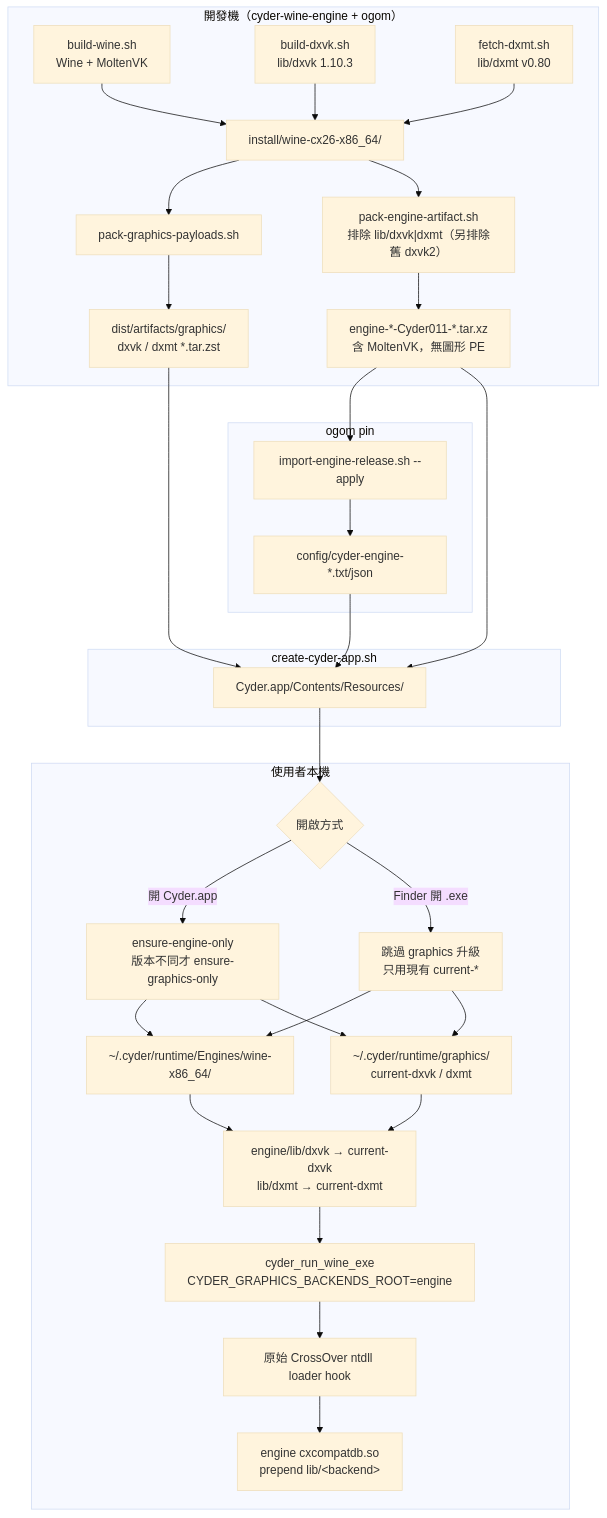
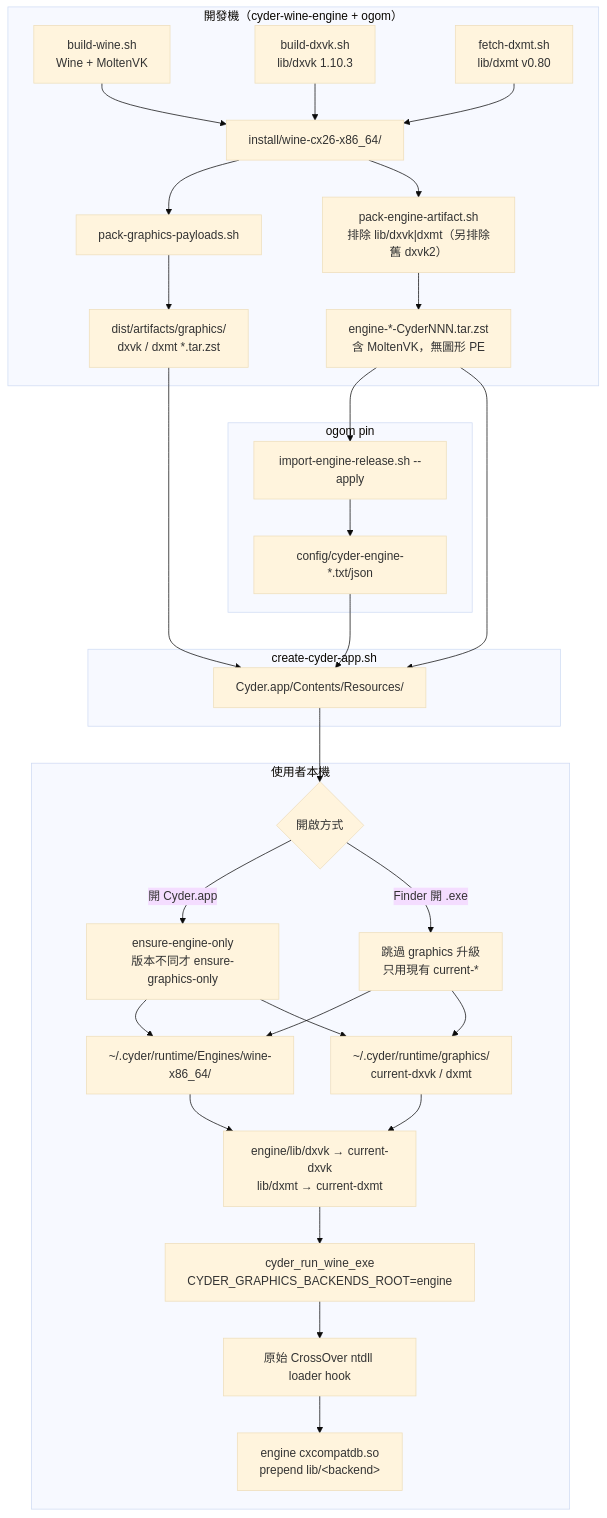
The first of 5 diagrams in docs/cyder-graphics-runtime-pipeline.zh-TW.md (dspp779/CyderBits), drawn with Mermaid (base theme) before and after one commit. The commit also changed other lines of this file and 11 other files, not shown here.

````diff
--- a/docs/cyder-graphics-runtime-pipeline.zh-TW.md
+++ b/docs/cyder-graphics-runtime-pipeline.zh-TW.md
@@ -23,42 +23,42 @@
 ```mermaid
 flowchart TB
   subgraph build["開發機（cyder-wine-engine + ogom）"]
     WINE["build-wine.sh<br/>Wine + MoltenVK"]
     DX1["build-dxvk.sh<br/>lib/dxvk 1.10.3"]
     DXMT["fetch-dxmt.sh<br/>lib/dxmt v0.80"]
     WINE --> INSTALL["install/wine-cx26-x86_64/"]
     DX1 --> INSTALL
     DXMT --> INSTALL
     INSTALL --> PACKG["pack-graphics-payloads.sh"]
     PACKG --> GART["dist/artifacts/graphics/<br/>dxvk / dxmt *.tar.zst"]
     INSTALL --> PACKE["pack-engine-artifact.sh<br/>排除 lib/dxvk|dxmt（另排除舊 dxvk2）"]
-    PACKE --> EART["engine-*-Cyder011-*.tar.xz<br/>含 MoltenVK，無圖形 PE"]
+    PACKE --> EART["engine-*-CyderNNN.tar.zst<br/>含 MoltenVK，無圖形 PE"]
   end
 
   subgraph pin["ogom pin"]
     IMP["import-engine-release.sh --apply"]
     EART --> IMP
     IMP --> CFG["config/cyder-engine-*.txt/json"]
   end
 
   subgraph app["create-cyder-app.sh"]
     CFG --> BUNDLE["Cyder.app/Contents/Resources/"]
     GART --> BUNDLE
     EART --> BUNDLE
   end
 
   subgraph user["使用者本機"]
     BUNDLE --> OPEN{"開啟方式"}
     OPEN -->|"開 Cyder.app"| ENS["ensure-engine-only<br/>版本不同才 ensure-graphics-only"]
     OPEN -->|"Finder 開 .exe"| SKIP["跳過 graphics 升級<br/>只用現有 current-*"]
     ENS --> ENG["~/.cyder/runtime/Engines/wine-x86_64/"]
     ENS --> GFX["~/.cyder/runtime/graphics/<br/>current-dxvk / dxmt"]
     SKIP --> ENG
     SKIP --> GFX
     ENG --> LINK["engine/lib/dxvk → current-dxvk<br/>lib/dxmt → current-dxmt"]
     GFX --> LINK
     LINK --> LAUNCH["cyder_run_wine_exe<br/>CYDER_GRAPHICS_BACKENDS_ROOT=engine"]
     LAUNCH --> HOOK["原始 CrossOver ntdll loader hook"]
     HOOK --> CDB["engine cxcompatdb.so<br/>prepend lib/&lt;backend&gt;"]
   end
 ```
````
